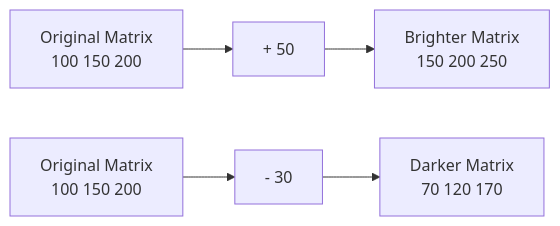
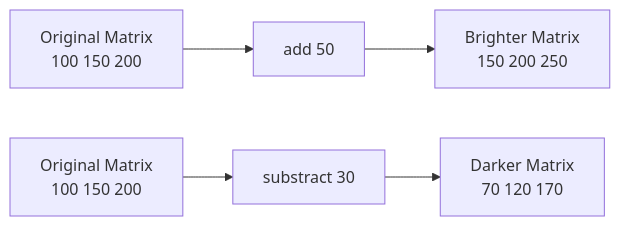
One commit to mak-aravind/mak-qc-self-learn changed the fourth of 10 diagrams in second-brain/qpi-ai/online-qpi-iisc/linear-algebra/notes/linear-algebra.md. Above: the diagram before and after it, drawn with Mermaid.

Commit message:
fixed markdown not supported

````diff
--- a/second-brain/qpi-ai/online-qpi-iisc/linear-algebra/notes/linear-algebra.md
+++ b/second-brain/qpi-ai/online-qpi-iisc/linear-algebra/notes/linear-algebra.md
@@ -52,5 +52,5 @@
 ```mermaid
 flowchart LR
-    A[Original Matrix<br/>100 150 200] --> B[+ 50] --> C[Brighter Matrix<br/>150 200 250]
-    D[Original Matrix<br/>100 150 200] --> E[- 30] --> F[Darker Matrix<br/>70 120 170]
+    A[Original Matrix<br/>100 150 200] --> B[add 50] --> C[Brighter Matrix<br/>150 200 250]
+    D[Original Matrix<br/>100 150 200] --> E[substract 30] --> F[Darker Matrix<br/>70 120 170]
 ```
````
